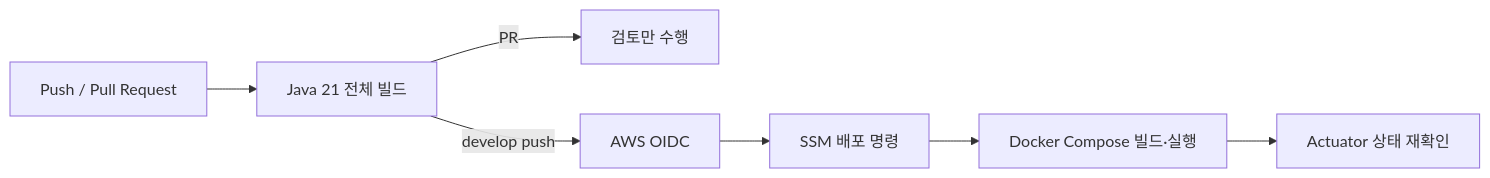
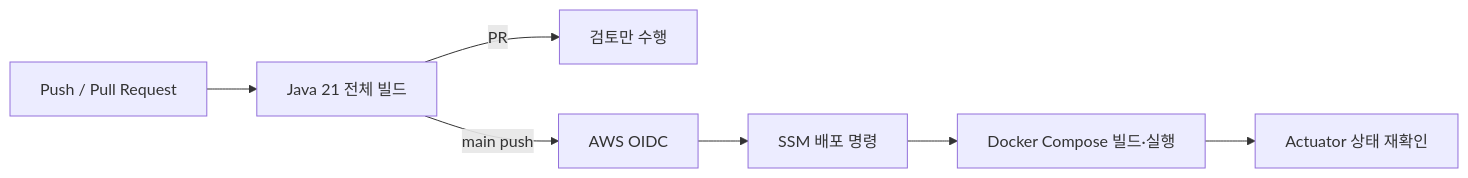
The sixth of 6 diagrams in README.md (jong9s/renewmate-backend), drawn with Mermaid before and after one commit. The commit also changed other lines of this file and 1 other file, not shown here.

Commit message:
ci: deploy only from main branch

````diff
--- a/README.md
+++ b/README.md
@@ -217,9 +217,9 @@
 ```mermaid
 flowchart LR
     P[Push / Pull Request] --> T[Java 21 전체 빌드]
     T -->|PR| R[검토만 수행]
-    T -->|develop push| O[AWS OIDC]
+    T -->|main push| O[AWS OIDC]
     O --> S[SSM 배포 명령]
     S --> D[Docker Compose 빌드·실행]
     D --> H[Actuator 상태 재확인]
 ```
````
